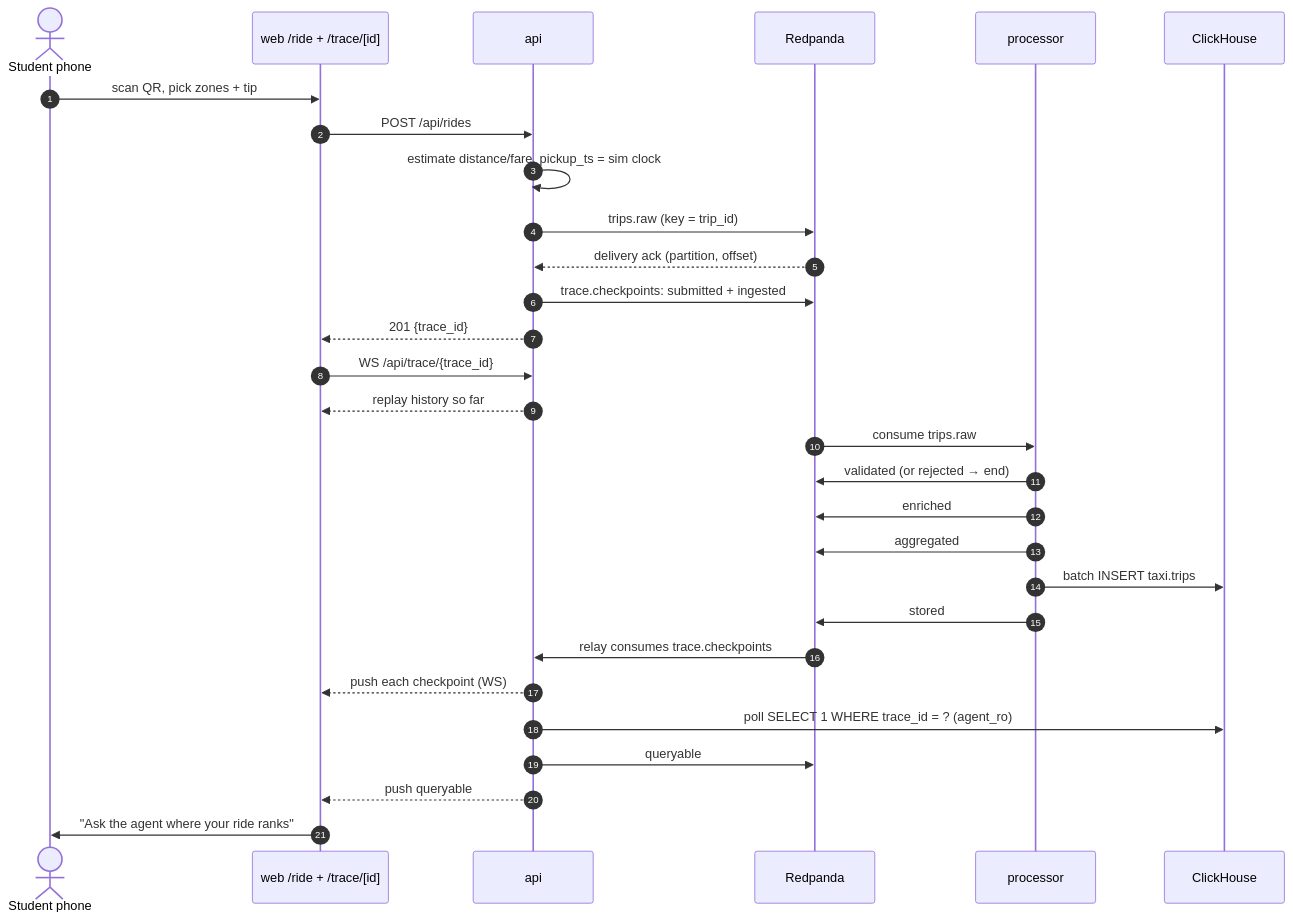
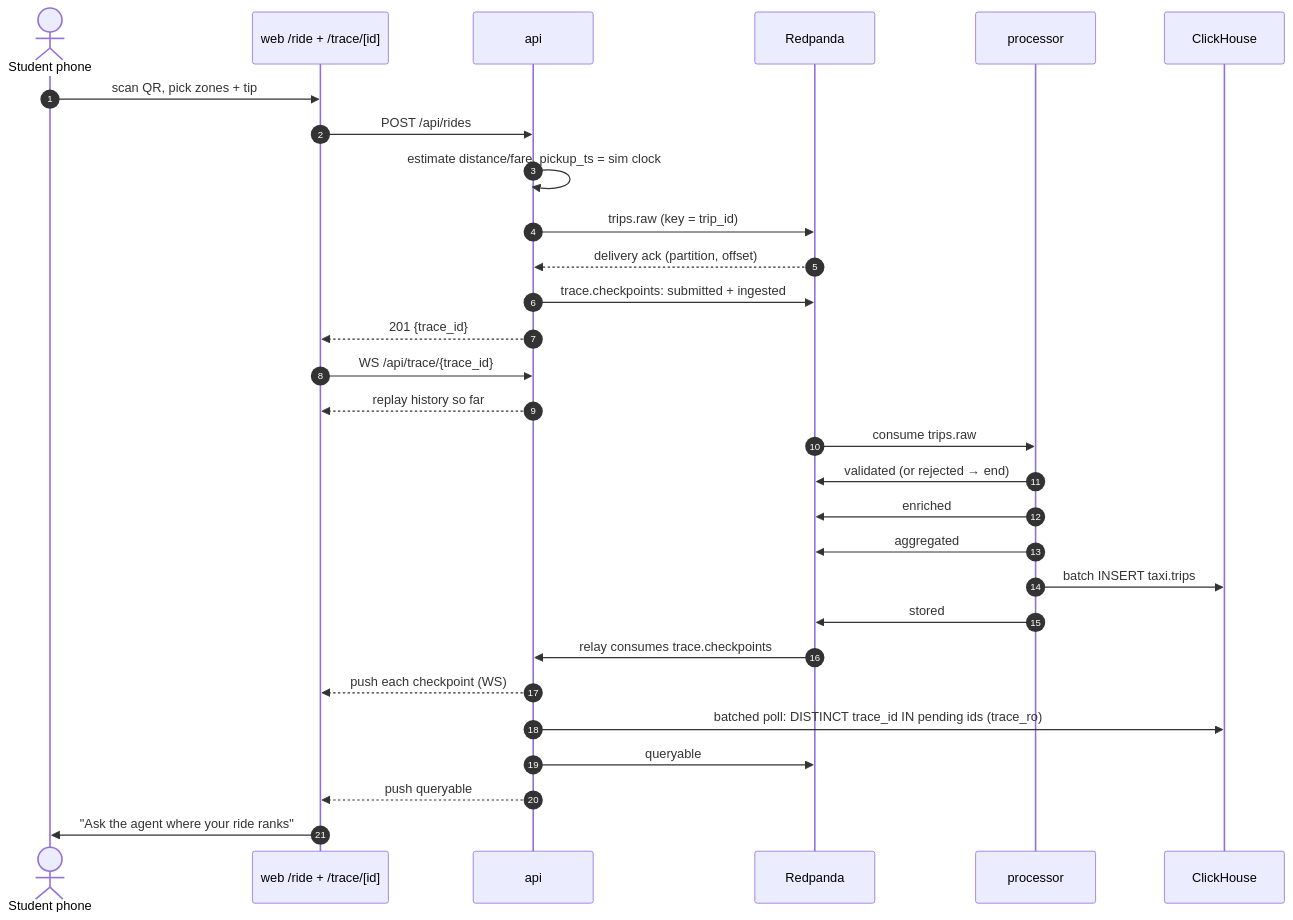
One commit to VasileBordeiA/aod_dateEngineering changed the fourth of 12 diagrams in docs/DIAGRAMS.md. Above: the diagram before and after it, drawn with Mermaid. The commit also changed 1 other file, not shown here.

Commit message:
docs: DIAGRAMS §4 queryable poll is batched as trace_ro
Review fix round 1 on Task 12:
- DIAGRAMS.md §4 (and its synced copy in spec 07): the queryable poll line still said
  "poll SELECT 1 WHERE trace_id = ? (agent_ro)". The code (ADR-019, QueryableDetector) polls
  one batched "DISTINCT trace_id IN {ids:Array(UUID)}" query per tick as trace_ro. Changed to
  "batched poll: DISTINCT trace_id IN pending ids (trace_ro)" (no braces/semicolons, valid Mermaid).
- spec 07 ~147: "captured in step 1" was off by one (accepted_at is taken right after the rate
  limit, before step 1). Reworded to "captured when the request is accepted, before the estimate
  and the broker round trip".

make diagrams-sync && make docs-check: in sync, all 23 Mermaid diagrams render, contracts valid (20 passed).

````diff
--- a/docs/DIAGRAMS.md
+++ b/docs/DIAGRAMS.md
@@ -164,32 +164,32 @@
 ```mermaid
 sequenceDiagram
     autonumber
     actor P as Student phone
     participant W as web /ride + /trace/[id]
     participant API as api
     participant RP as Redpanda
     participant PR as processor
     participant CH as ClickHouse
 
     P->>W: scan QR, pick zones + tip
     W->>API: POST /api/rides
     API->>API: estimate distance/fare, pickup_ts = sim clock
     API->>RP: trips.raw (key = trip_id)
     RP-->>API: delivery ack (partition, offset)
     API->>RP: trace.checkpoints: submitted + ingested
     API-->>W: 201 {trace_id}
     W->>API: WS /api/trace/{trace_id}
     API-->>W: replay history so far
     RP->>PR: consume trips.raw
     PR->>RP: validated (or rejected → end)
     PR->>RP: enriched
     PR->>RP: aggregated
     PR->>CH: batch INSERT taxi.trips
     PR->>RP: stored
     RP->>API: relay consumes trace.checkpoints
     API-->>W: push each checkpoint (WS)
-    API->>CH: poll SELECT 1 WHERE trace_id = ? (agent_ro)
+    API->>CH: batched poll: DISTINCT trace_id IN pending ids (trace_ro)
     API->>RP: queryable
     API-->>W: push queryable
     W->>P: "Ask the agent where your ride ranks"
 ```
````
